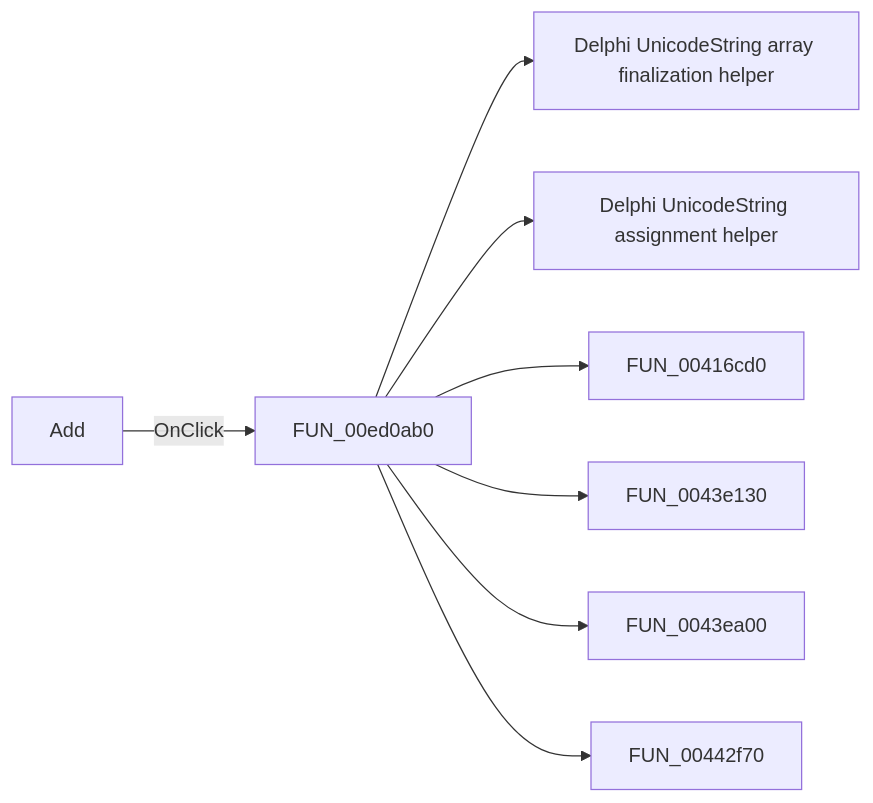
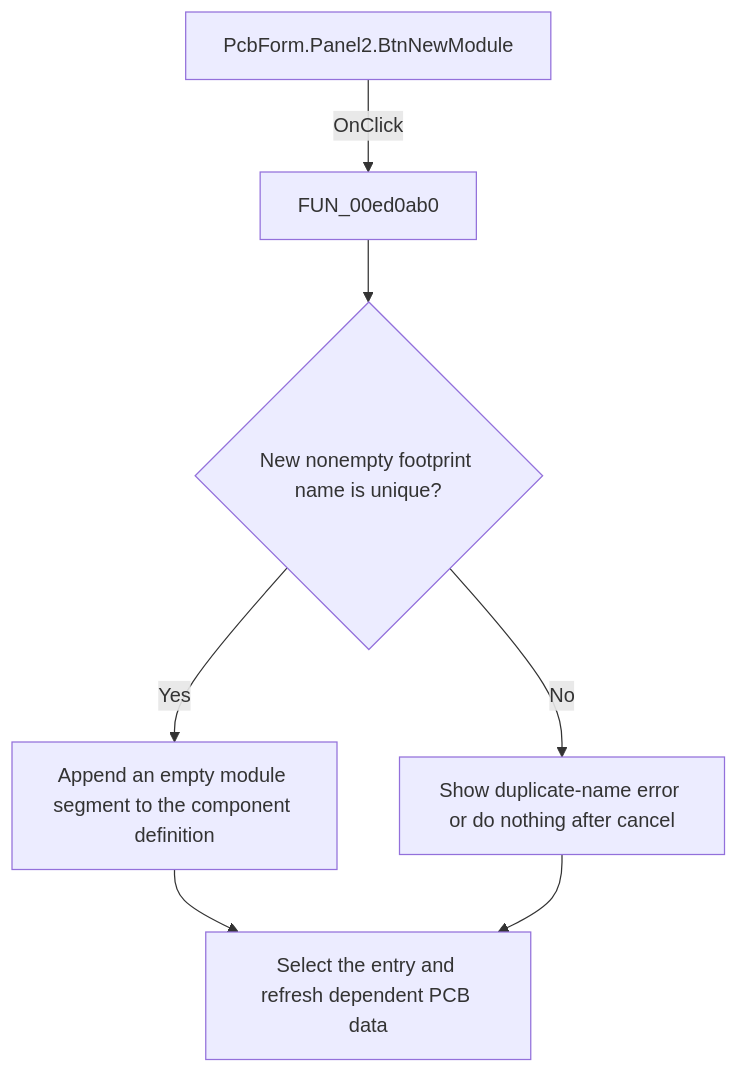
Before and after one commit to MovGP0/TIARA: the diagram in docs/ui-controls/pcbform/btnnewmodule-2614a6554e.md, drawn with Mermaid. The commit also changed other lines of this file and 1062 other files, not shown here.

````diff
--- a/docs/ui-controls/pcbform/btnnewmodule-2614a6554e.md
+++ b/docs/ui-controls/pcbform/btnnewmodule-2614a6554e.md
@@ -27,10 +29,9 @@
 ```mermaid
-flowchart LR
-    control["Add"] -->|OnClick| handler["FUN_00ed0ab0"]
-    handler --> call1["Delphi UnicodeString array finalization helper"]
-    handler --> call2["Delphi UnicodeString assignment helper"]
-    handler --> call3["FUN_00416cd0"]
-    handler --> call4["FUN_0043e130"]
-    handler --> call5["FUN_0043ea00"]
-    handler --> call6["FUN_00442f70"]
+flowchart TD
+    control["PcbForm.Panel2.BtnNewModule"] -->|OnClick| handler["FUN_00ed0ab0"]
+    handler --> decision{"New nonempty footprint name is unique?"}
+    decision -->|Yes| action["Append an empty module segment to the component definition"]
+    decision -->|No| noop["Show duplicate-name error or do nothing after cancel"]
+    action --> outcome["Select the entry and refresh dependent PCB data"]
+    noop --> outcome
 ```
````
